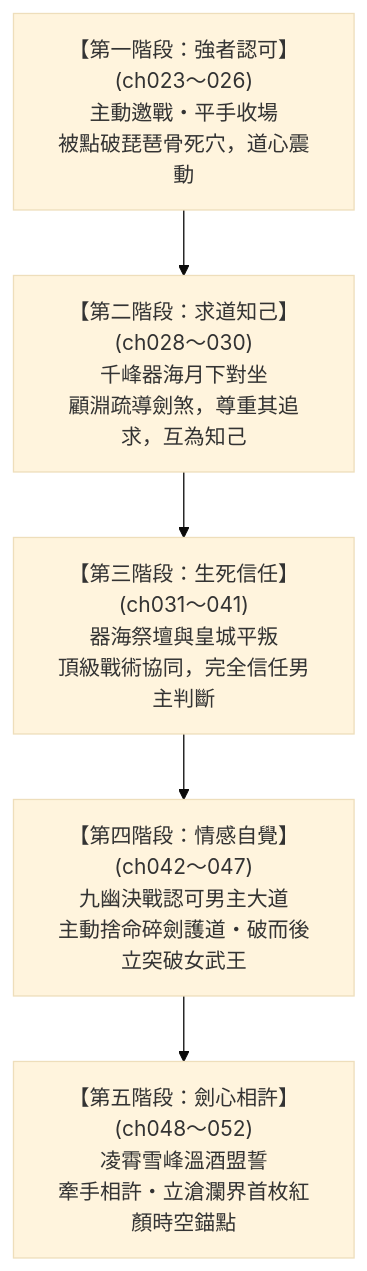
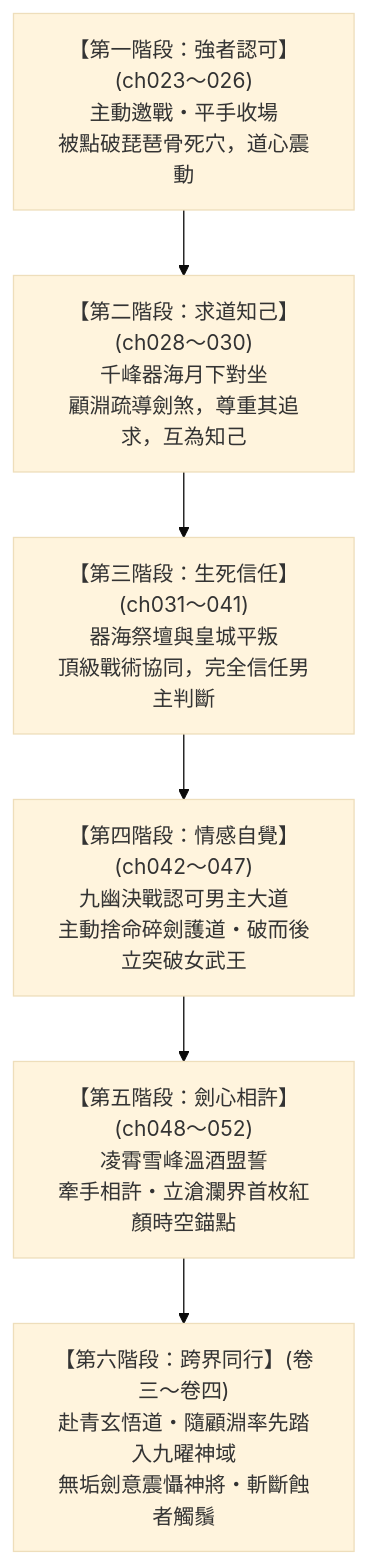
The diagram in sex/docs/characters/luo_hanyi.md (wade-fs/novel), drawn with Mermaid (base theme) before and after one commit. The commit also changed other lines of this file and 15 other files, not shown here.

````diff
--- a/sex/docs/characters/luo_hanyi.md
+++ b/sex/docs/characters/luo_hanyi.md
@@ -56,10 +56,11 @@
 ```mermaid
 flowchart TD
     Phase1["【第一階段：強者認可】(ch023～026)<br>主動邀戰・平手收場<br>被點破琵琶骨死穴，道心震動"]
     Phase2["【第二階段：求道知己】(ch028～030)<br>千峰器海月下對坐<br>顧淵疏導劍煞，尊重其追求，互為知己"]
     Phase3["【第三階段：生死信任】(ch031～041)<br>器海祭壇與皇城平叛<br>頂級戰術協同，完全信任男主判斷"]
     Phase4["【第四階段：情感自覺】(ch042～047)<br>九幽決戰認可男主大道<br>主動捨命碎劍護道・破而後立突破女武王"]
     Phase5["【第五階段：劍心相許】(ch048～052)<br>凌霄雪峰溫酒盟誓<br>牽手相許・立滄瀾界首枚紅顏時空錨點"]
+    Phase6["【第六階段：跨界同行】(卷三～卷四)<br>赴青玄悟道・隨顧淵率先踏入九曜神域<br>無垢劍意震懾神將・斬斷蝕者觸鬚"]
 
-    Phase1 --> Phase2 --> Phase3 --> Phase4 --> Phase5
+    Phase1 --> Phase2 --> Phase3 --> Phase4 --> Phase5 --> Phase6
 ```
````
